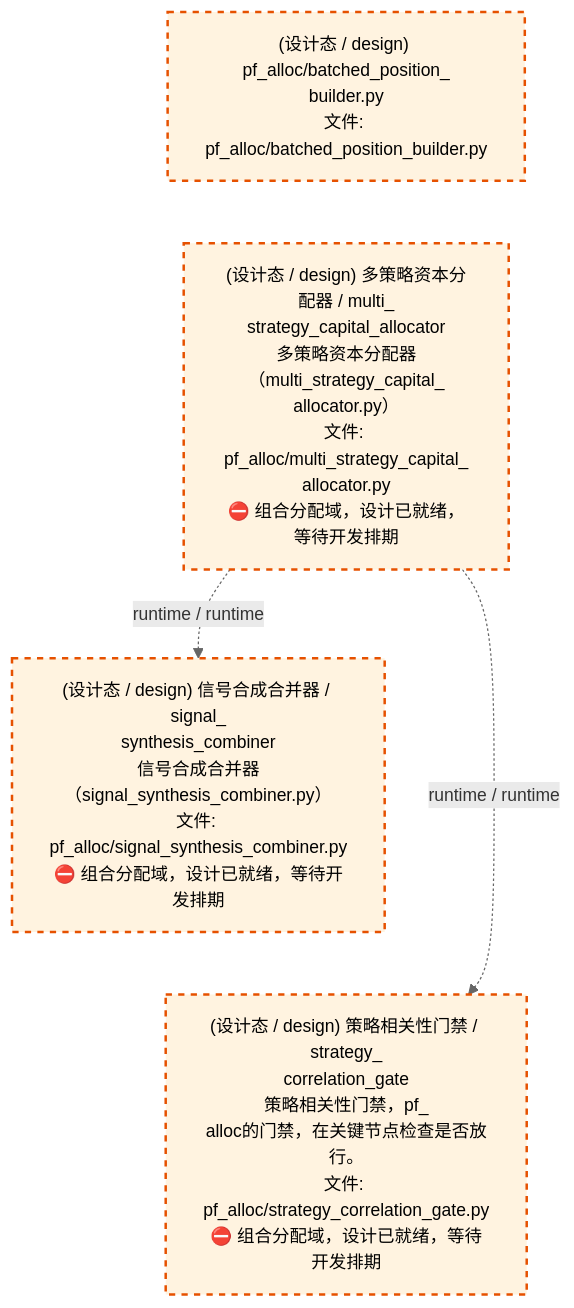
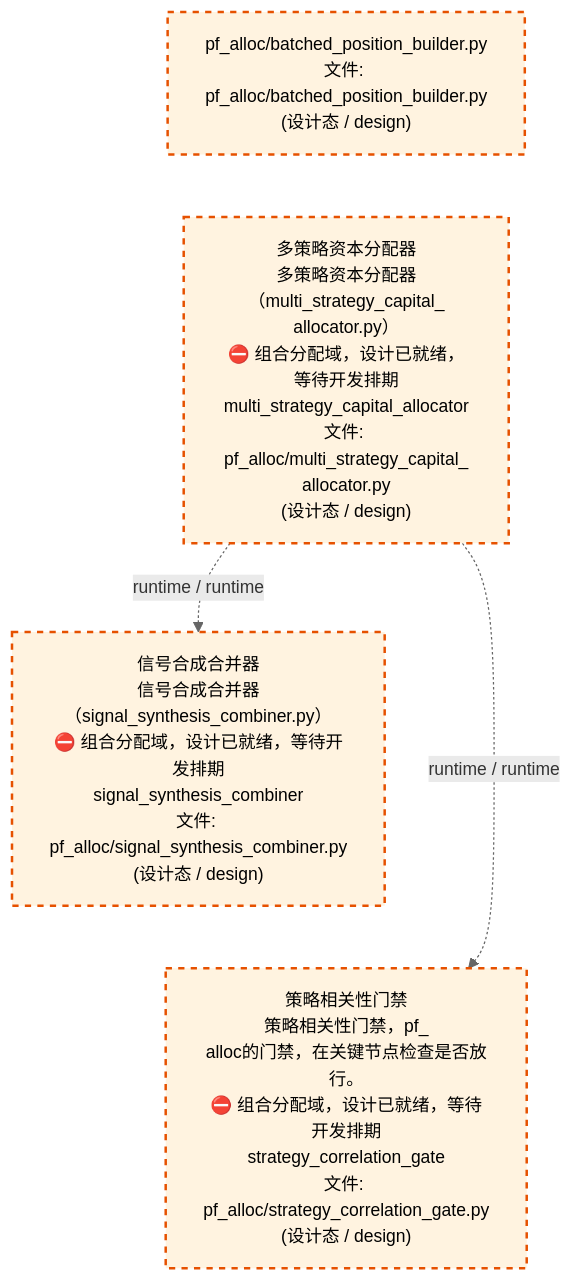
One commit to xuanFelixVan/ZephyrAlpha changed the third of 4 diagrams in docs/02_enterprise_architecture/02_domain_architecture_docs/62_d_pf_alloc.md. Above: the diagram before and after it, drawn with Mermaid. The commit also changed other lines of this file and 62 other files, not shown here.

````diff
--- a/docs/02_enterprise_architecture/02_domain_architecture_docs/62_d_pf_alloc.md
+++ b/docs/02_enterprise_architecture/02_domain_architecture_docs/62_d_pf_alloc.md
@@ -112,17 +117,17 @@
 ```mermaid
 %%{init: {'theme': 'base', 'themeVariables': {'primaryColor': '#eaeaea', 'primaryTextColor': '#333333', 'primaryBorderColor': '#666666', 'lineColor': '#666666', 'secondaryColor': '#eaeaea', 'tertiaryColor': '#eaeaea', 'fontSize': '14px'}}}%%
 flowchart TD
-    src_zephyr_pf_alloc_batched_position_builder_py["(设计态 / design) pf_alloc/batched_position_<br/>builder.py<br/>文件: pf_alloc/batched_position_builder.py"]
-    src_zephyr_pf_alloc_multi_strategy_capital_allocator_py["(设计态 / design) 多策略资本分配器 / multi_<br/>strategy_capital_allocator<br/>多策略资本分配器（multi_strategy_capital_<br/>allocator.py）<br/>文件: pf_alloc/multi_strategy_capital_<br/>allocator.py<br/>⛔ 组合分配域，设计已就绪，等待开发排期"]
+    src_zephyr_pf_alloc_batched_position_builder_py["pf_alloc/batched_position_builder.py<br/>文件: pf_alloc/batched_position_builder.py<br/>(设计态 / design)"]
+    src_zephyr_pf_alloc_multi_strategy_capital_allocator_py["多策略资本分配器<br/>多策略资本分配器（multi_strategy_capital_<br/>allocator.py）<br/>⛔ 组合分配域，设计已就绪，等待开发排期<br/>multi_strategy_capital_allocator<br/>文件: pf_alloc/multi_strategy_capital_<br/>allocator.py<br/>(设计态 / design)"]
     src_zephyr_pf_alloc_batched_position_builder_py ~~~ src_zephyr_pf_alloc_multi_strategy_capital_allocator_py
-    src_zephyr_pf_alloc_signal_synthesis_combiner_py["(设计态 / design) 信号合成合并器 / signal_<br/>synthesis_combiner<br/>信号合成合并器（signal_synthesis_combiner.py）<br/>文件: pf_alloc/signal_synthesis_combiner.py<br/>⛔ 组合分配域，设计已就绪，等待开发排期"]
-    src_zephyr_pf_alloc_strategy_correlation_gate_py["(设计态 / design) 策略相关性门禁 / strategy_<br/>correlation_gate<br/>策略相关性门禁，pf_<br/>alloc的门禁，在关键节点检查是否放行。<br/>文件: pf_alloc/strategy_correlation_gate.py<br/>⛔ 组合分配域，设计已就绪，等待开发排期"]
+    src_zephyr_pf_alloc_signal_synthesis_combiner_py["信号合成合并器<br/>信号合成合并器（signal_synthesis_combiner.py）<br/>⛔ 组合分配域，设计已就绪，等待开发排期<br/>signal_synthesis_combiner<br/>文件: pf_alloc/signal_synthesis_combiner.py<br/>(设计态 / design)"]
+    src_zephyr_pf_alloc_strategy_correlation_gate_py["策略相关性门禁<br/>策略相关性门禁，pf_<br/>alloc的门禁，在关键节点检查是否放行。<br/>⛔ 组合分配域，设计已就绪，等待开发排期<br/>strategy_correlation_gate<br/>文件: pf_alloc/strategy_correlation_gate.py<br/>(设计态 / design)"]
     src_zephyr_pf_alloc_signal_synthesis_combiner_py ~~~ src_zephyr_pf_alloc_strategy_correlation_gate_py
     src_zephyr_pf_alloc_multi_strategy_capital_allocator_py -.->|runtime / runtime| src_zephyr_pf_alloc_signal_synthesis_combiner_py
     src_zephyr_pf_alloc_multi_strategy_capital_allocator_py -.->|runtime / runtime| src_zephyr_pf_alloc_strategy_correlation_gate_py
     classDef production fill:#e1f5fe,stroke:#01579b,stroke-width:2px,color:#000
     classDef design fill:#fff3e0,stroke:#e65100,stroke-width:2px,color:#000,stroke-dasharray: 5 5
     classDef external_prod fill:#e8f4fd,stroke:#0277bd,stroke-width:1px,color:#000
     classDef external_design fill:#fff8e7,stroke:#ef6c00,stroke-width:1px,color:#000,stroke-dasharray: 5 5
     class src_zephyr_pf_alloc_batched_position_builder_py,src_zephyr_pf_alloc_multi_strategy_capital_allocator_py,src_zephyr_pf_alloc_signal_synthesis_combiner_py,src_zephyr_pf_alloc_strategy_correlation_gate_py design
 ```
````
